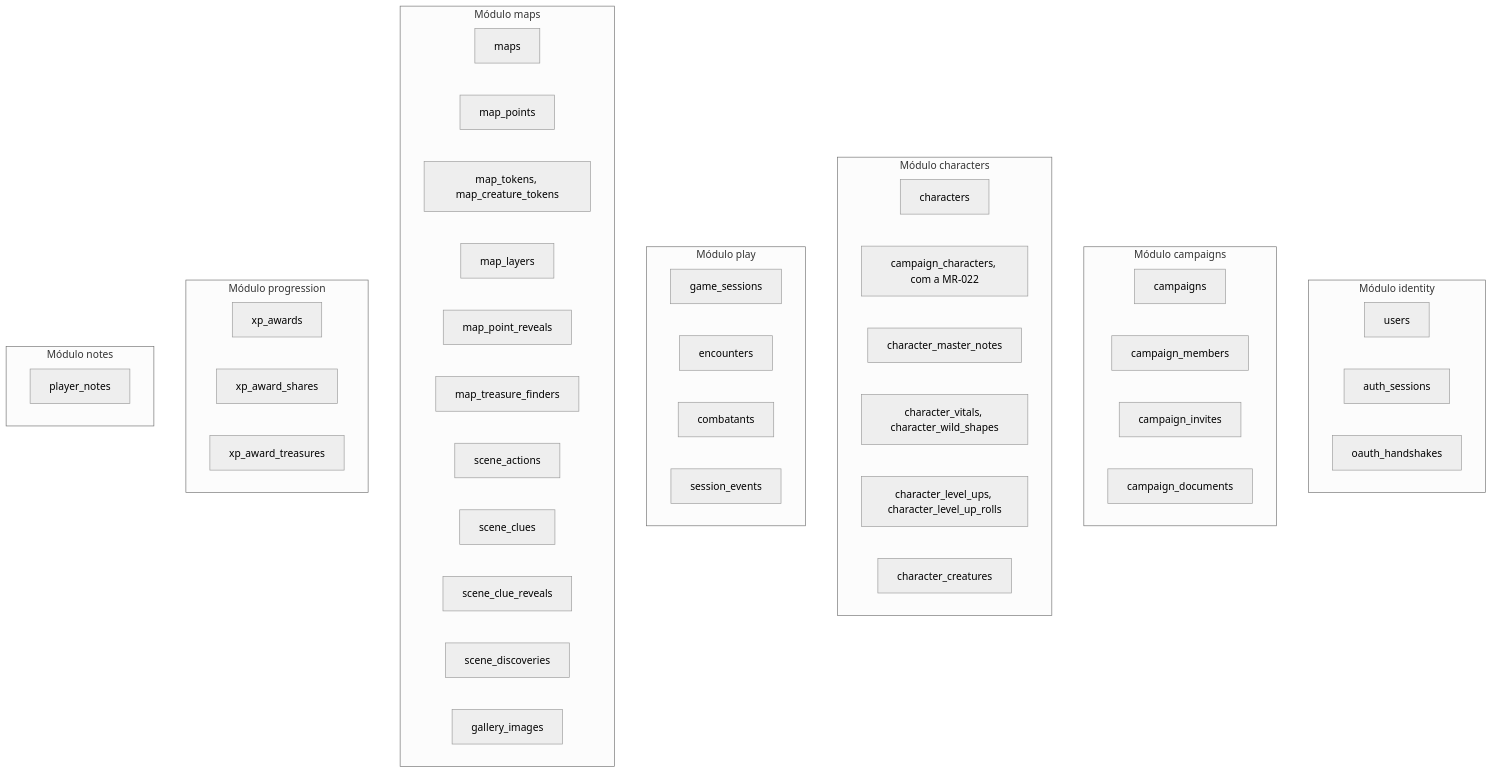
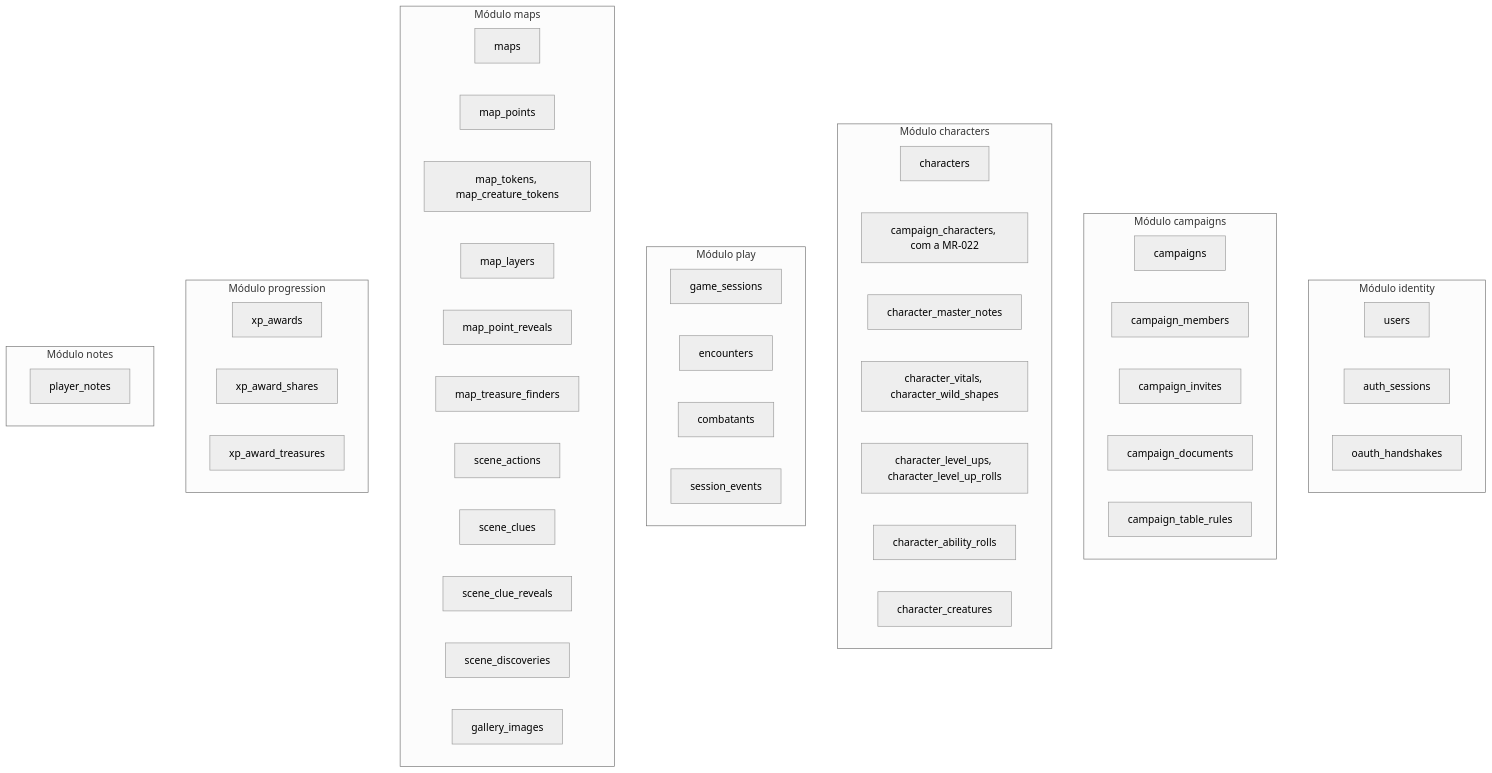
Before and after one commit to PuraFome/meuRPG: the second of 3 diagrams in docs/dados.md, drawn with Mermaid (neutral theme). The commit also changed other lines of this file and 65 other files, not shown here.

First line of the commit message:
feat(campaigns): the table's rules outside combat

````diff
--- a/docs/dados.md
+++ b/docs/dados.md
@@ -307,55 +318,57 @@
 ```mermaid
 flowchart TD
     subgraph identity["Módulo identity"]
         t_users["users"]
         t_auth_sessions["auth_sessions"]
         t_oauth_handshakes["oauth_handshakes"]
     end
 
     subgraph campaigns_mod["Módulo campaigns"]
         t_campaigns["campaigns"]
         t_campaign_members["campaign_members"]
         t_campaign_invites["campaign_invites"]
         t_campaign_documents["campaign_documents"]
+        t_campaign_table_rules["campaign_table_rules"]
     end
 
     subgraph characters_mod["Módulo characters"]
         t_characters["characters"]
         t_campaign_characters["campaign_characters, com a MR-022"]
         t_character_master_notes["character_master_notes"]
         t_character_vitals["character_vitals, character_wild_shapes"]
         t_character_level_ups["character_level_ups, character_level_up_rolls"]
+        t_character_ability_rolls["character_ability_rolls"]
         t_character_creatures["character_creatures"]
     end
 
     subgraph play["Módulo play"]
         t_game_sessions["game_sessions"]
         t_encounters["encounters"]
         t_combatants["combatants"]
         t_session_events["session_events"]
     end
 
     subgraph maps_mod["Módulo maps"]
         t_maps["maps"]
         t_map_points["map_points"]
         t_map_tokens["map_tokens, map_creature_tokens"]
         t_map_layers["map_layers"]
         t_map_point_reveals["map_point_reveals"]
         t_map_treasure_finders["map_treasure_finders"]
         t_scene_actions["scene_actions"]
         t_scene_clues["scene_clues"]
         t_scene_clue_reveals["scene_clue_reveals"]
         t_scene_discoveries["scene_discoveries"]
         t_gallery_images["gallery_images"]
     end
 
     subgraph progression["Módulo progression"]
         t_xp_awards["xp_awards"]
         t_xp_award_shares["xp_award_shares"]
         t_xp_award_treasures["xp_award_treasures"]
     end
 
     subgraph notes_mod["Módulo notes"]
         t_player_notes["player_notes"]
     end
 ```
````
